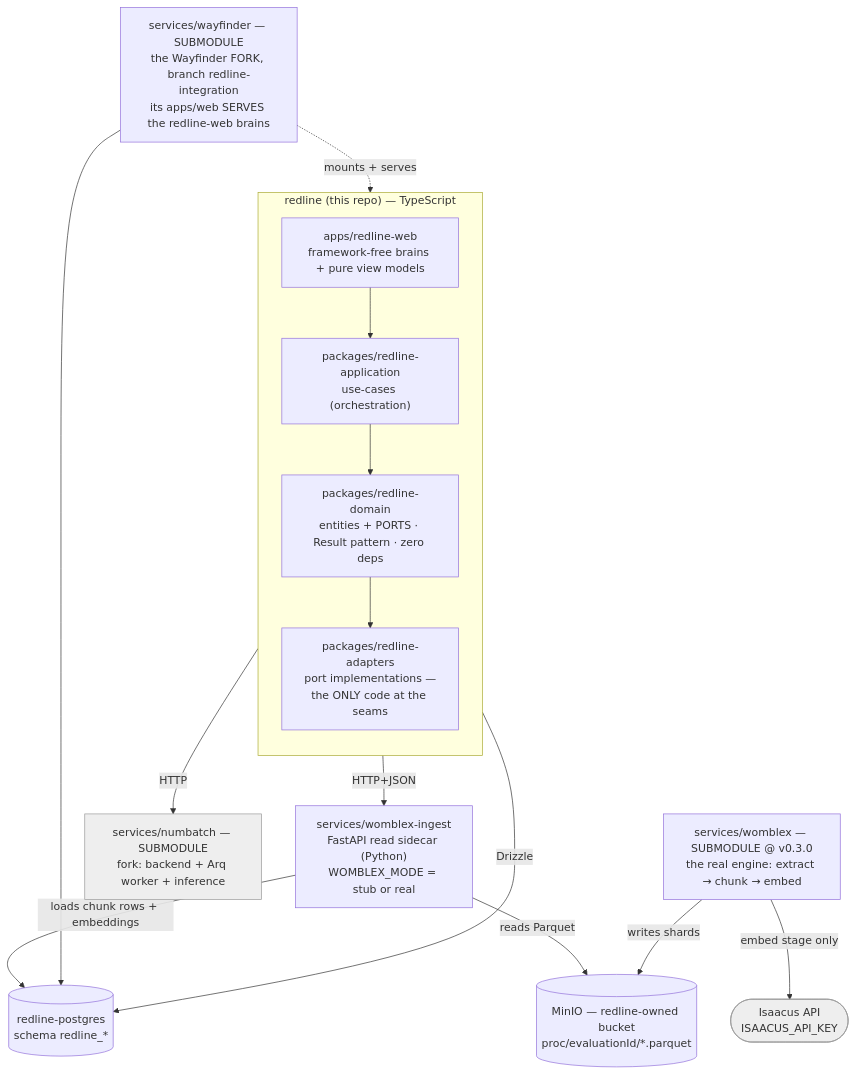
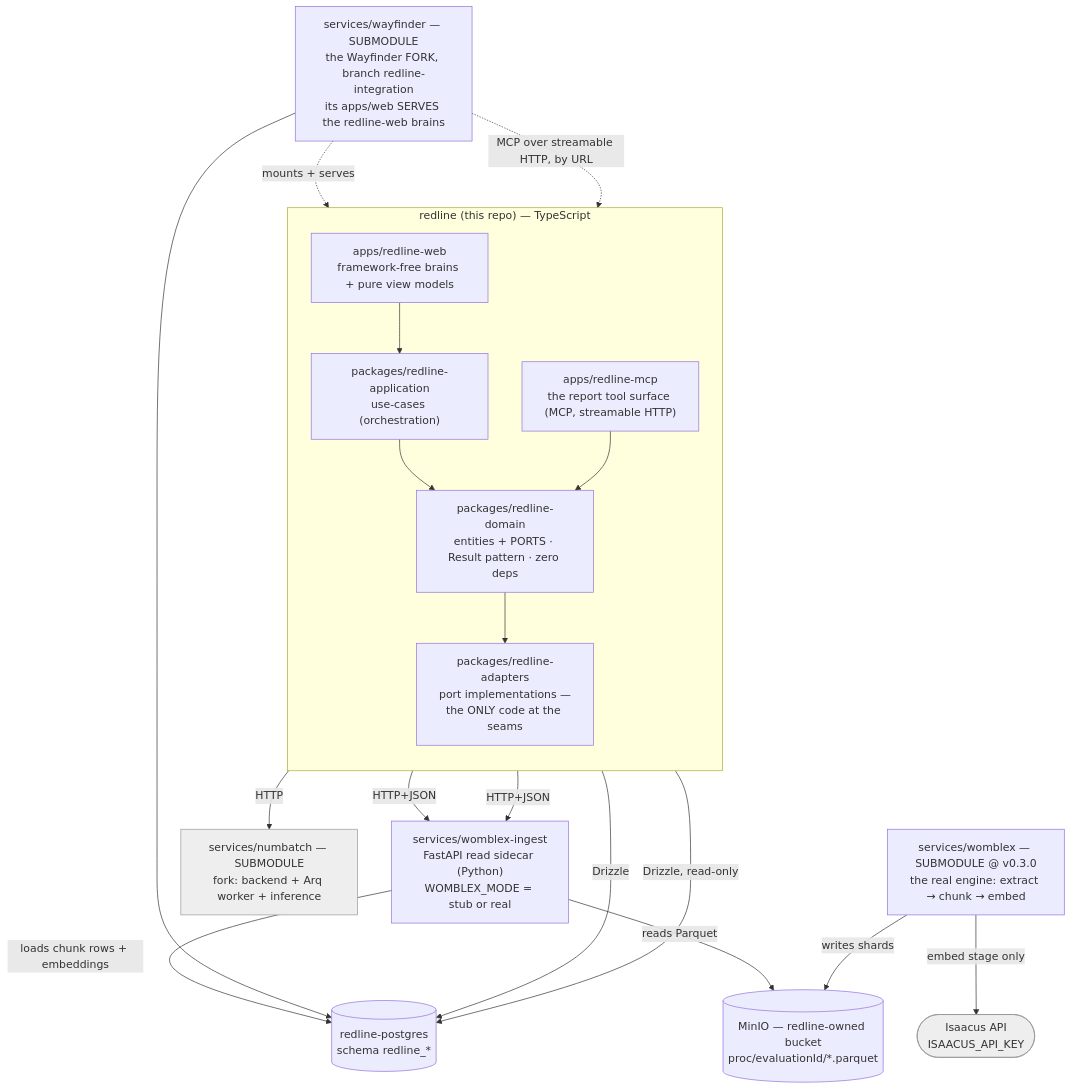
One commit to DeepCivic/Redline changed the first of 2 diagrams in docs/architecture.md. Above: the diagram before and after it, drawn with Mermaid. The commit also changed other lines of this file and 26 other files, not shown here.

````diff
--- a/docs/architecture.md
+++ b/docs/architecture.md
@@ -97,28 +97,34 @@
 ```mermaid
 flowchart TB
     subgraph rl["redline (this repo) — TypeScript"]
         direction TB
         web["apps/redline-web<br/>framework-free brains + pure view models"]
+        mcp["apps/redline-mcp<br/>the report tool surface (MCP, streamable HTTP)"]
         app["packages/redline-application<br/>use-cases (orchestration)"]
         dom["packages/redline-domain<br/>entities + PORTS · Result pattern · zero deps"]
         adp["packages/redline-adapters<br/>port implementations —<br/>the ONLY code at the seams"]
         web --> app --> dom --> adp
+        mcp --> dom
     end
 
     adp -->|HTTP+JSON| sidecar["services/womblex-ingest<br/>FastAPI read sidecar (Python)<br/>WOMBLEX_MODE = stub or real"]
     adp -->|HTTP| numbatch["services/numbatch — SUBMODULE<br/>fork: backend + Arq worker + inference"]
     adp -->|Drizzle| pg[("redline-postgres<br/>schema redline_*")]
 
     sidecar -->|reads Parquet| minio[("MinIO — redline-owned bucket<br/>proc/evaluationId/*.parquet")]
     sidecar -->|loads chunk rows + embeddings| pg
     engine["services/womblex — SUBMODULE @ v0.3.0<br/>the real engine: extract → chunk → embed"]
     engine -->|writes shards| minio
     engine -->|embed stage only| isaacus(["Isaacus API<br/>ISAACUS_API_KEY"])
 
+    mcp -->|Drizzle, read-only| pg
+    mcp -->|HTTP+JSON| sidecar
+
     fork["services/wayfinder — SUBMODULE<br/>the Wayfinder FORK, branch redline-integration<br/>its apps/web SERVES the redline-web brains"]
     fork -.->|mounts + serves| web
+    fork -.->|MCP over streamable HTTP, by URL| mcp
     fork --> pg
 
     classDef ext fill:#eee,stroke:#999,color:#333
     class isaacus,numbatch ext
 ```
````
